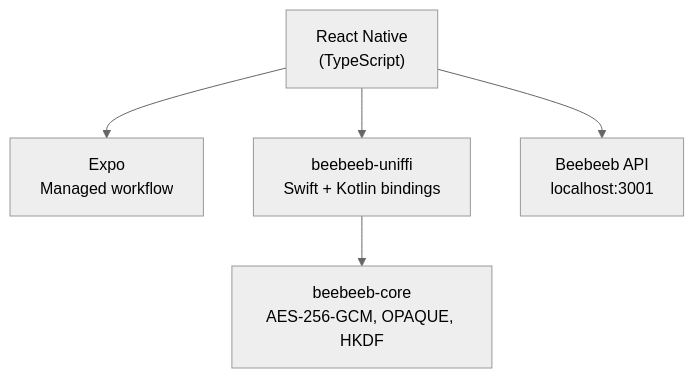
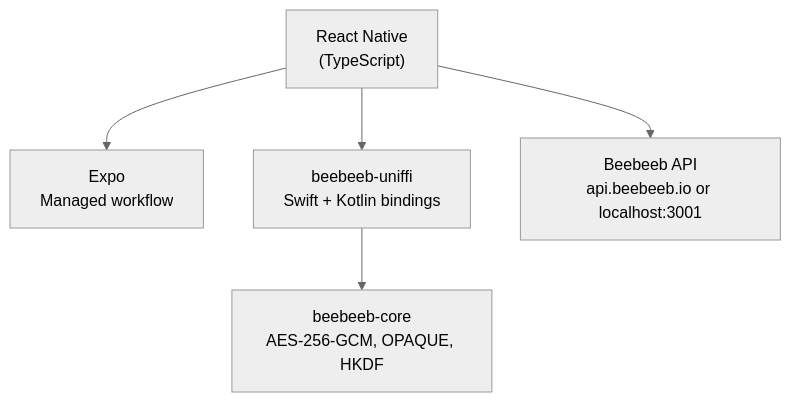
One commit to beebeeb-io/mobile changed the diagram in README.md. Above: the diagram before and after it, drawn with Mermaid (neutral theme). The commit also changed other lines of this file and 6 other files, not shown here.

````diff
--- a/README.md
+++ b/README.md
@@ -52,13 +52,13 @@
 ```mermaid
 graph TD
     RN["React Native<br/>(TypeScript)"]
     EXPO["Expo<br/>Managed workflow"]
     UNIFFI["beebeeb-uniffi<br/>Swift + Kotlin bindings"]
     CORE["beebeeb-core<br/>AES-256-GCM, OPAQUE, HKDF"]
-    API["Beebeeb API<br/>localhost:3001"]
+    API["Beebeeb API<br/>api.beebeeb.io or localhost:3001"]
 
     RN --> EXPO
     RN --> UNIFFI
     RN --> API
     UNIFFI --> CORE
 ```
````
